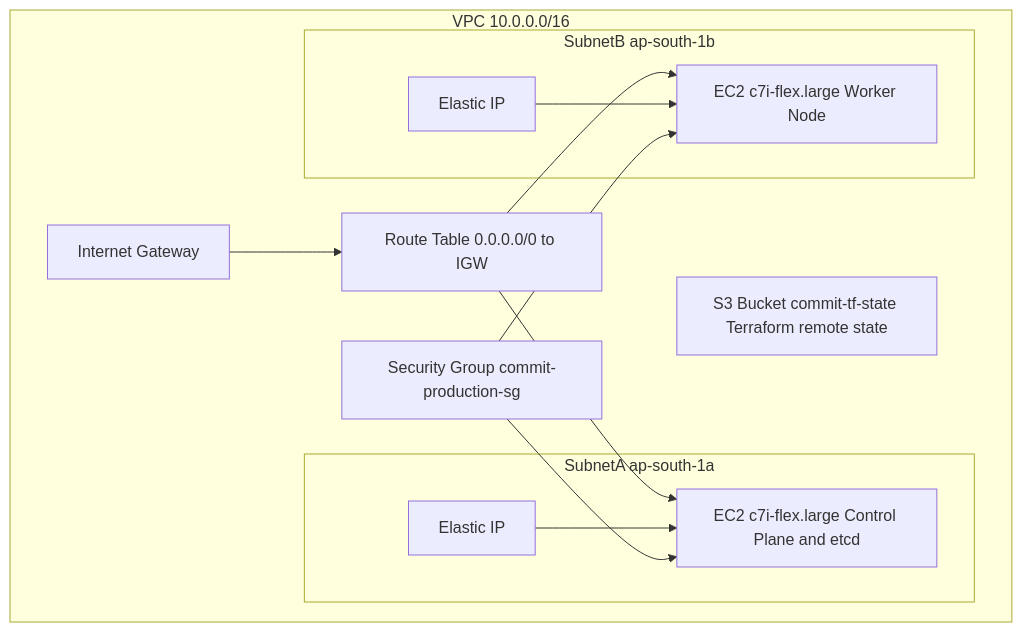
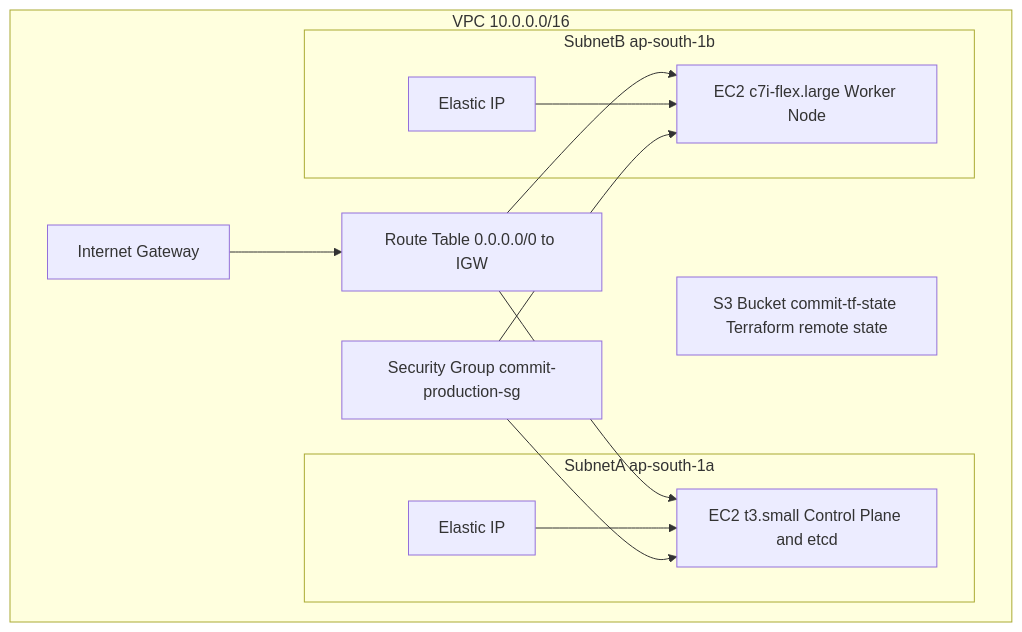
The second of 8 diagrams in docs/operations/infrastructure.md (RahulKoju/commit), drawn with Mermaid before and after one commit. The commit also changed other lines of this file and 3 other files, not shown here.

````diff
--- a/docs/operations/infrastructure.md
+++ b/docs/operations/infrastructure.md
@@ -43,28 +43,28 @@
 ```mermaid
 graph TB
     subgraph VPC 10.0.0.0/16
         IGW[Internet Gateway]
 
         subgraph SubnetA ap-south-1a
-            CP[EC2 c7i-flex.large Control Plane and etcd]
+            CP[EC2 t3.small Control Plane and etcd]
             EIP_CP[Elastic IP]
         end
 
         subgraph SubnetB ap-south-1b
             WK[EC2 c7i-flex.large Worker Node]
             EIP_WK[Elastic IP]
         end
 
         SG[Security Group commit-production-sg]
         RT[Route Table 0.0.0.0/0 to IGW]
         S3[S3 Bucket commit-tf-state Terraform remote state]
     end
 
     IGW --> RT
     RT --> CP
     RT --> WK
     EIP_CP --> CP
     EIP_WK --> WK
     SG --> CP
     SG --> WK
 ```
````
